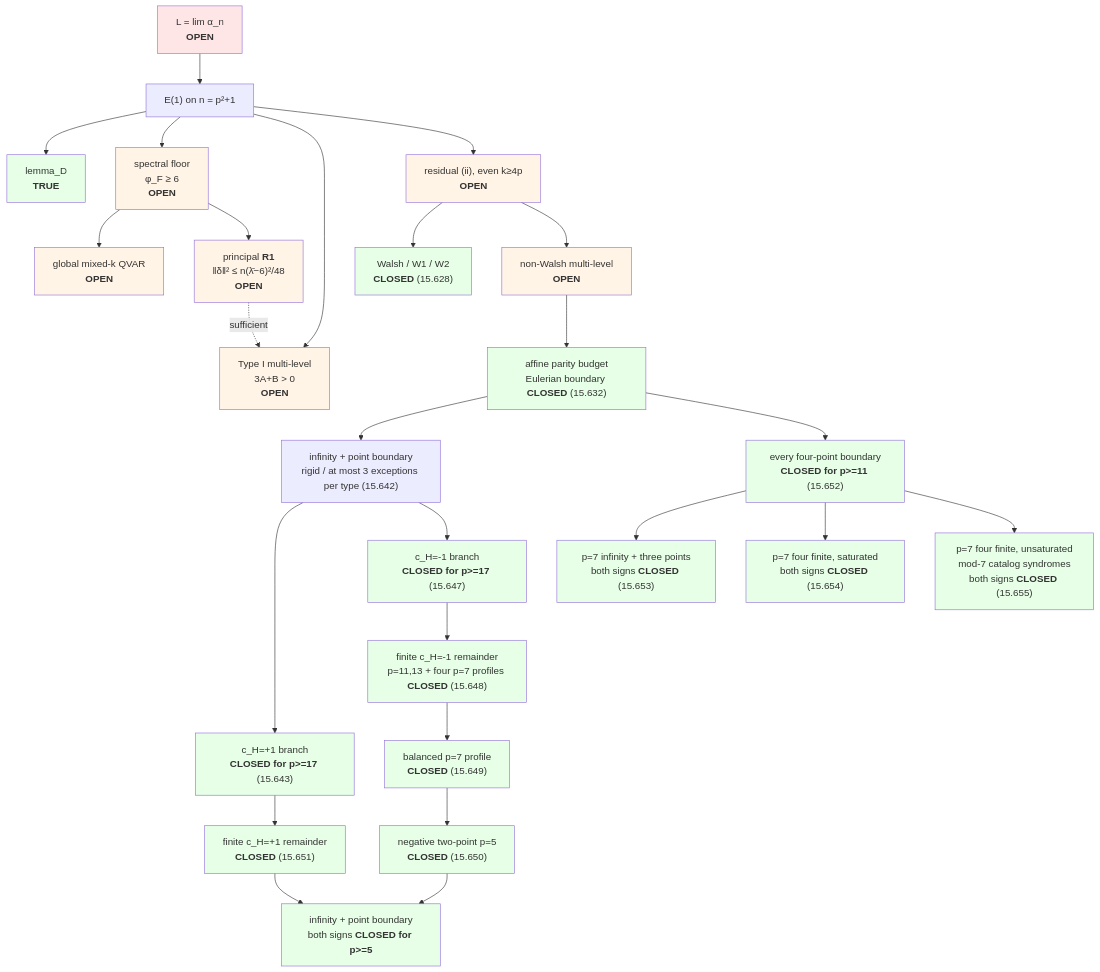
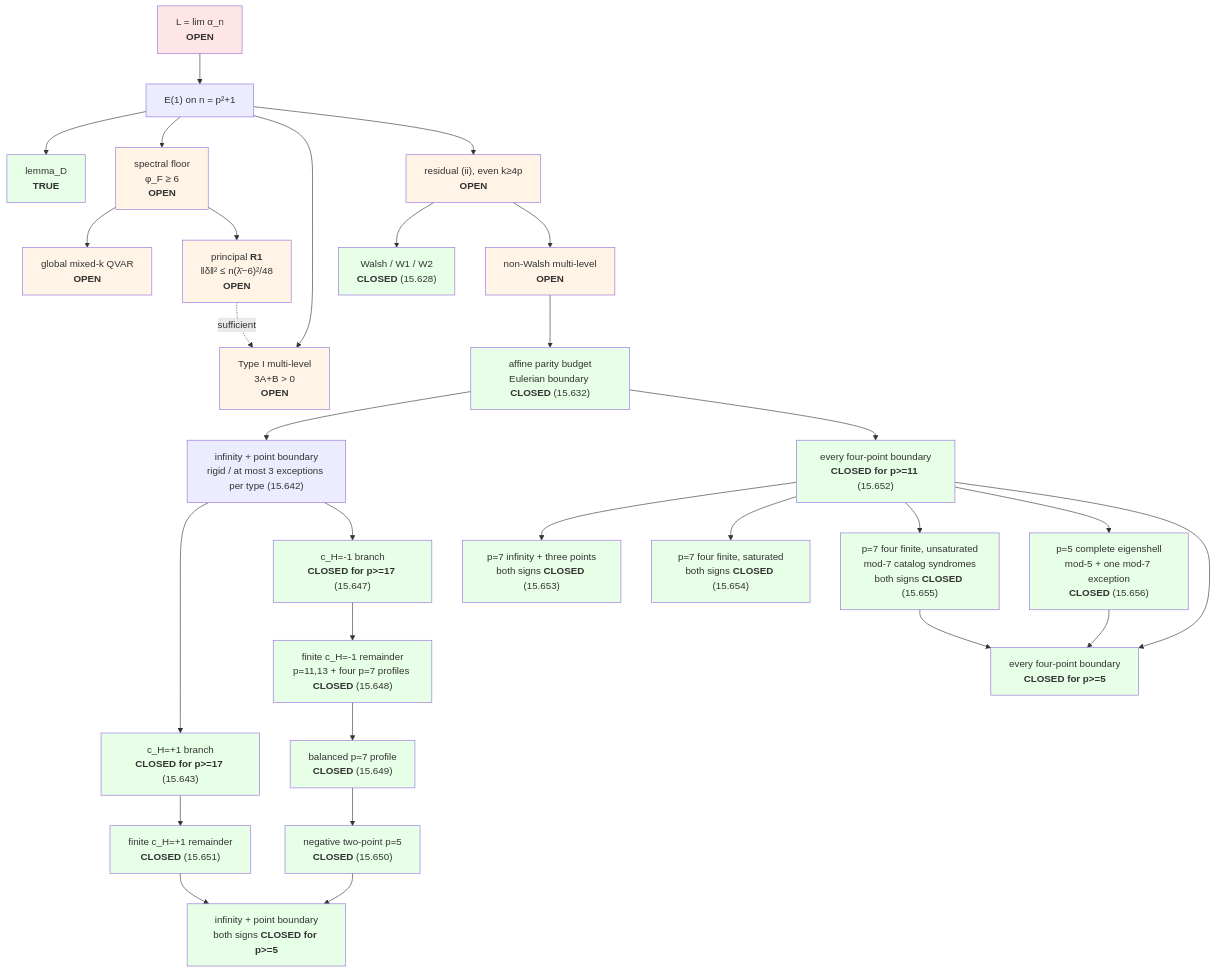
One commit to luckyseoul/quadratic-minmax-limit changed the diagram in README.md. Above: the diagram before and after it, drawn with Mermaid. The commit also changed other lines of this file and 16 other files, not shown here.

Commit message:
Prove Prop 15.656 and close p5 four-point boundaries

````diff
--- a/README.md
+++ b/README.md
@@ -129,48 +136,54 @@
 ```mermaid
 graph TD
     L["L = lim α_n<br/><b>OPEN</b>"] --> E1["E(1) on n = p²+1"]
     E1 --> D["lemma_D<br/><b>TRUE</b>"]
     E1 --> FLOOR["spectral floor<br/>φ_F ≥ 6<br/><b>OPEN</b>"]
     FLOOR --> QVAR["global mixed-k QVAR<br/><b>OPEN</b>"]
     FLOOR --> R1["principal <b>R1</b><br/>‖δ‖² ≤ n(λ̄−6)²/48<br/><b>OPEN</b>"]
     E1 --> TYPEI["Type I multi-level<br/>3A+B > 0<br/><b>OPEN</b>"]
     R1 -. sufficient .-> TYPEI
     E1 --> RES["residual (ii), even k≥4p<br/><b>OPEN</b>"]
     RES --> WALSH["Walsh / W1 / W2<br/><b>CLOSED</b> (15.628)"]
     RES --> MULTI["non-Walsh multi-level<br/><b>OPEN</b>"]
     MULTI --> BUDGET["affine parity budget<br/>Eulerian boundary <b>CLOSED</b> (15.632)"]
     BUDGET --> RIGID["infinity + point boundary<br/>rigid / at most 3 exceptions per type (15.642)"]
     RIGID --> POSKILL["c_H=+1 branch<br/><b>CLOSED for p>=17</b> (15.643)"]
     POSKILL --> POSFINITE["finite c_H=+1 remainder<br/><b>CLOSED</b> (15.651)"]
     RIGID --> NEGKILL["c_H=-1 branch<br/><b>CLOSED for p>=17</b> (15.647)"]
     NEGKILL --> NEGFINITE["finite c_H=-1 remainder<br/>p=11,13 + four p=7 profiles <b>CLOSED</b> (15.648)"]
     NEGFINITE --> P7BAL["balanced p=7 profile<br/><b>CLOSED</b> (15.649)"]
     P7BAL --> P5NEG["negative two-point p=5<br/><b>CLOSED</b> (15.650)"]
     POSFINITE --> TWOPT["infinity + point boundary<br/>both signs <b>CLOSED for p>=5</b>"]
     P5NEG --> TWOPT
     BUDGET --> FOUR["every four-point boundary<br/><b>CLOSED for p>=11</b> (15.652)"]
     FOUR --> P7INF["p=7 infinity + three points<br/>both signs <b>CLOSED</b> (15.653)"]
     FOUR --> P7SAT["p=7 four finite, saturated<br/>both signs <b>CLOSED</b> (15.654)"]
     FOUR --> P7MOD["p=7 four finite, unsaturated<br/>mod-7 catalog syndromes<br/>both signs <b>CLOSED</b> (15.655)"]
+    FOUR --> P5FULL["p=5 complete eigenshell<br/>mod-5 + one mod-7 exception<br/><b>CLOSED</b> (15.656)"]
+    FOUR --> ALL4["every four-point boundary<br/><b>CLOSED for p>=5</b>"]
+    P7MOD --> ALL4
+    P5FULL --> ALL4
     style L fill:#ffe6e6
     style D fill:#e6ffe6
     style FLOOR fill:#fff4e6
     style QVAR fill:#fff4e6
     style R1 fill:#fff4e6
     style TYPEI fill:#fff4e6
     style RES fill:#fff4e6
     style WALSH fill:#e6ffe6
     style MULTI fill:#fff4e6
     style BUDGET fill:#e6ffe6
     style P7BAL fill:#e6ffe6
     style P5NEG fill:#e6ffe6
     style POSFINITE fill:#e6ffe6
     style FOUR fill:#e6ffe6
     style P7INF fill:#e6ffe6
     style P7SAT fill:#e6ffe6
     style P7MOD fill:#e6ffe6
+    style P5FULL fill:#e6ffe6
+    style ALL4 fill:#e6ffe6
     style TWOPT fill:#e6ffe6
     style POSKILL fill:#e6ffe6
     style NEGKILL fill:#e6ffe6
     style NEGFINITE fill:#e6ffe6
 ```
````
